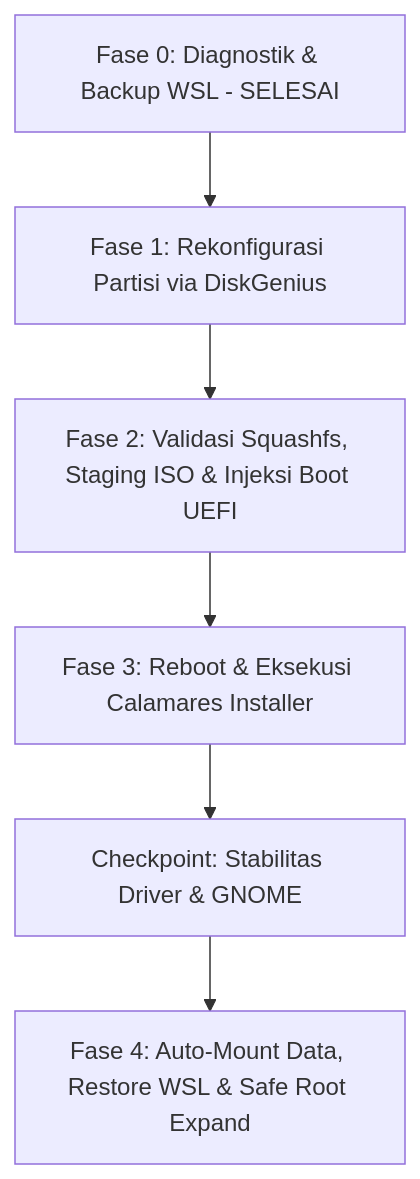
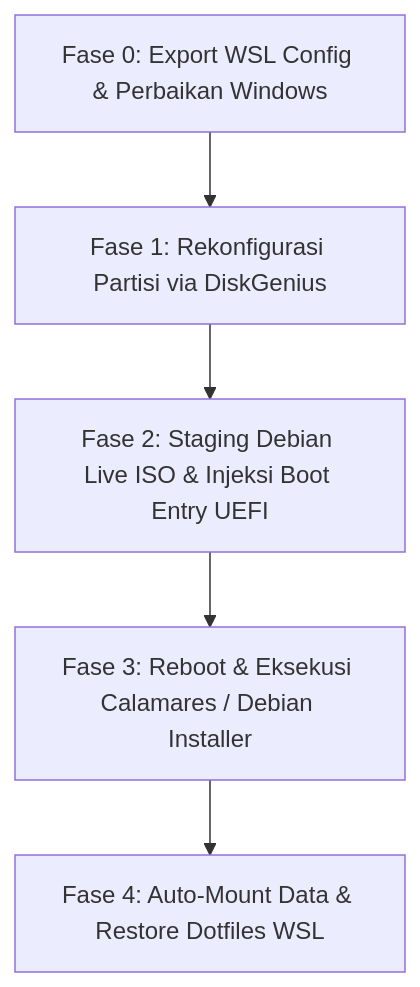
The diagram in docs/LINUX_MIGRATION_BLUEPRINT.md (0xrizz/os-manager), drawn with Mermaid before and after one commit. The commit also changed other lines of this file and 23 other files, not shown here.

````diff
--- a/docs/LINUX_MIGRATION_BLUEPRINT.md
+++ b/docs/LINUX_MIGRATION_BLUEPRINT.md
@@ -102,8 +74,7 @@
 ```mermaid
 flowchart TD
-    A[Fase 0: Diagnostik & Backup WSL - SELESAI] --> B[Fase 1: Rekonfigurasi Partisi via DiskGenius]
-    B --> C[Fase 2: Validasi Squashfs, Staging ISO & Injeksi Boot UEFI]
-    C --> D[Fase 3: Reboot & Eksekusi Calamares Installer]
-    D --> E[Checkpoint: Stabilitas Driver & GNOME]
-    E --> F[Fase 4: Auto-Mount Data, Restore WSL & Safe Root Expand]
+    A[Fase 0: Export WSL Config & Perbaikan Windows] --> B[Fase 1: Rekonfigurasi Partisi via DiskGenius]
+    B --> C[Fase 2: Staging Debian Live ISO & Injeksi Boot Entry UEFI]
+    C --> D[Fase 3: Reboot & Eksekusi Calamares / Debian Installer]
+    D --> E[Fase 4: Auto-Mount Data & Restore Dotfiles WSL]
 ```
````
